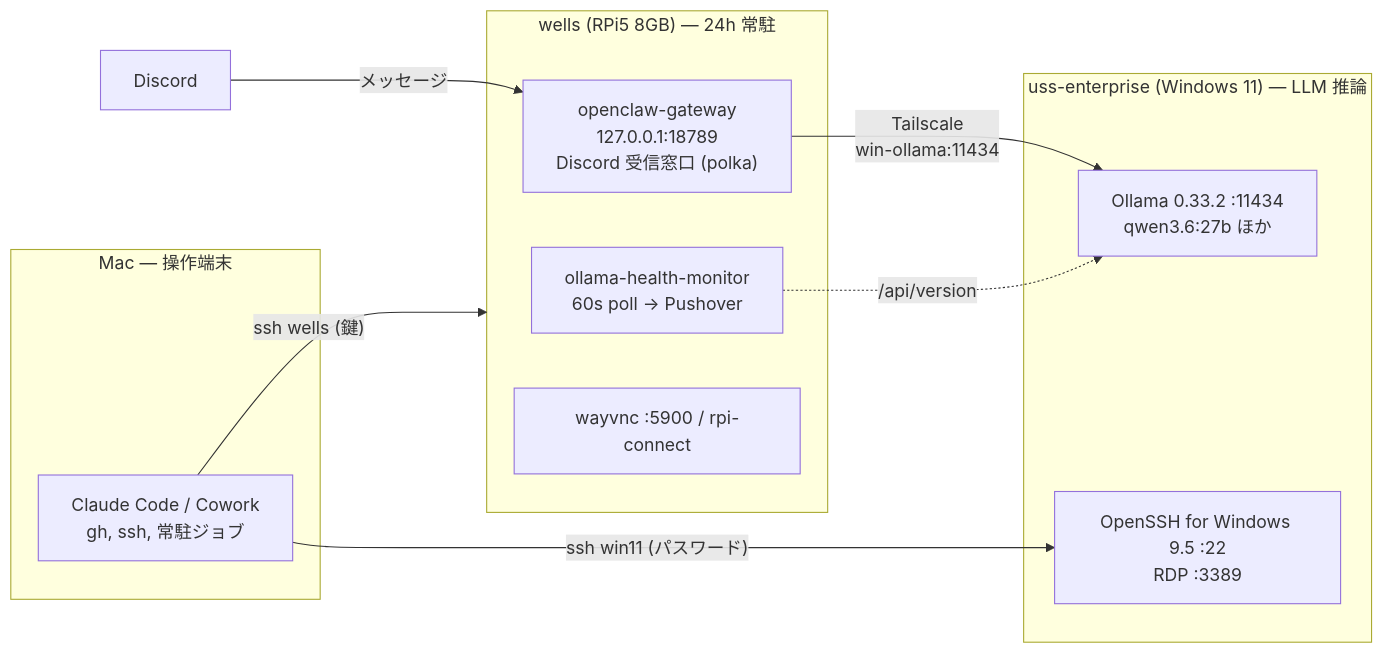
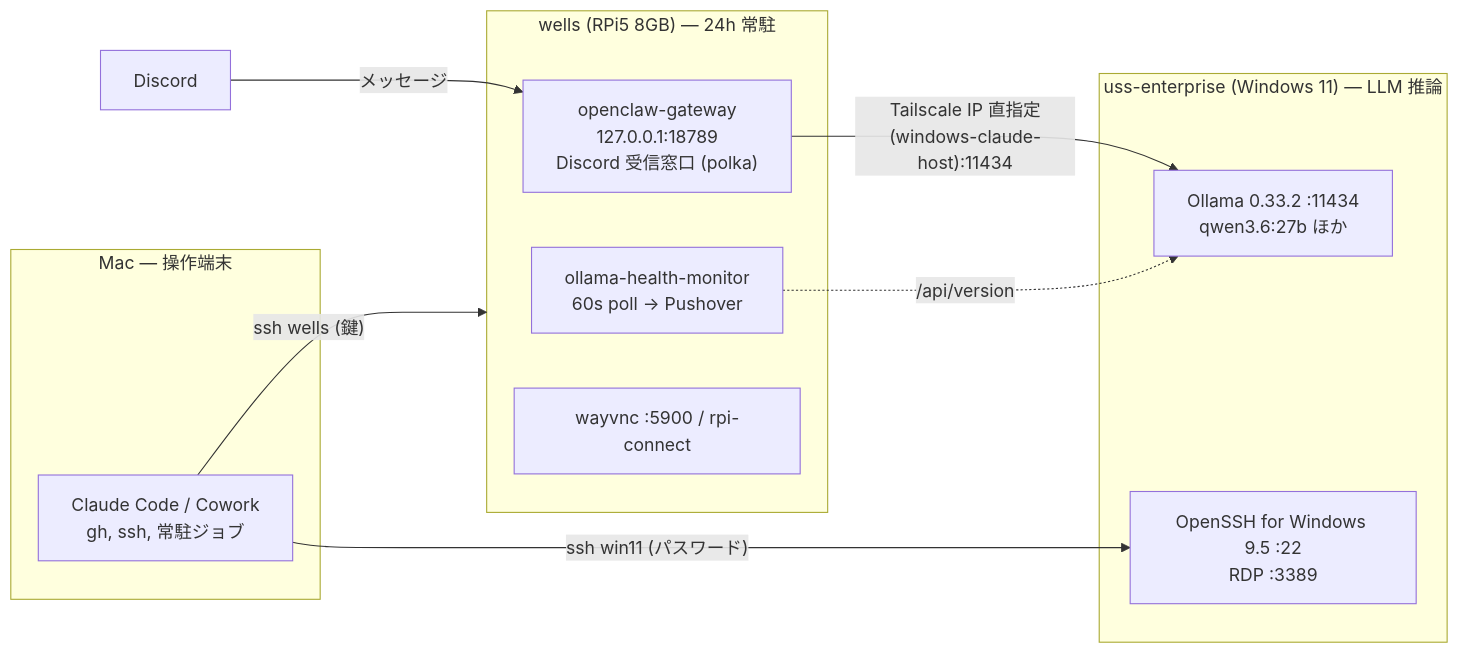
One commit to miyashita337/openclaw-rpi5-ops changed the diagram in README.md. Above: the diagram before and after it, drawn with Mermaid. The commit also changed other lines of this file, not shown here.

````diff
--- a/README.md
+++ b/README.md
@@ -9,20 +9,20 @@
 ```mermaid
 flowchart LR
     subgraph MAC["Mac — 操作端末"]
         CC["Claude Code / Cowork<br/>gh, ssh, 常駐ジョブ"]
     end
     subgraph RPI["wells (RPi5 8GB) — 24h 常駐"]
         GW["openclaw-gateway<br/>127.0.0.1:18789<br/>Discord 受信窓口 (polka)"]
         MON["ollama-health-monitor<br/>60s poll → Pushover"]
         VNC["wayvnc :5900 / rpi-connect"]
     end
     subgraph WIN["uss-enterprise (Windows 11) — LLM 推論"]
         OL["Ollama 0.33.2 :11434<br/>qwen3.6:27b ほか"]
         SSHD["OpenSSH for Windows 9.5 :22<br/>RDP :3389"]
     end
     DISCORD["Discord"] -->|"メッセージ"| GW
-    GW -->|"Tailscale<br/>win-ollama:11434"| OL
+    GW -->|"Tailscale IP 直指定<br/>(windows-claude-host):11434"| OL
     MON -.->|"/api/version"| OL
     CC -->|"ssh wells (鍵)"| RPI
     CC -->|"ssh win11 (パスワード)"| SSHD
 ```
````
